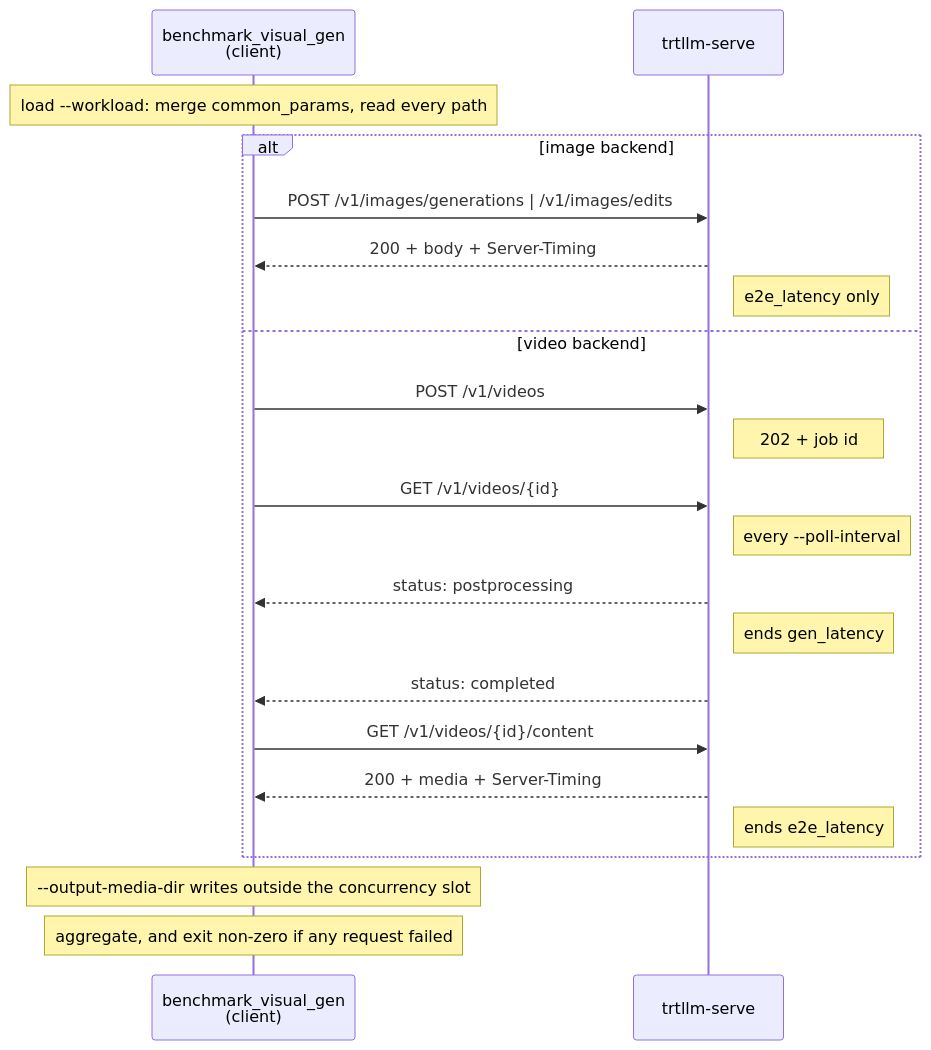
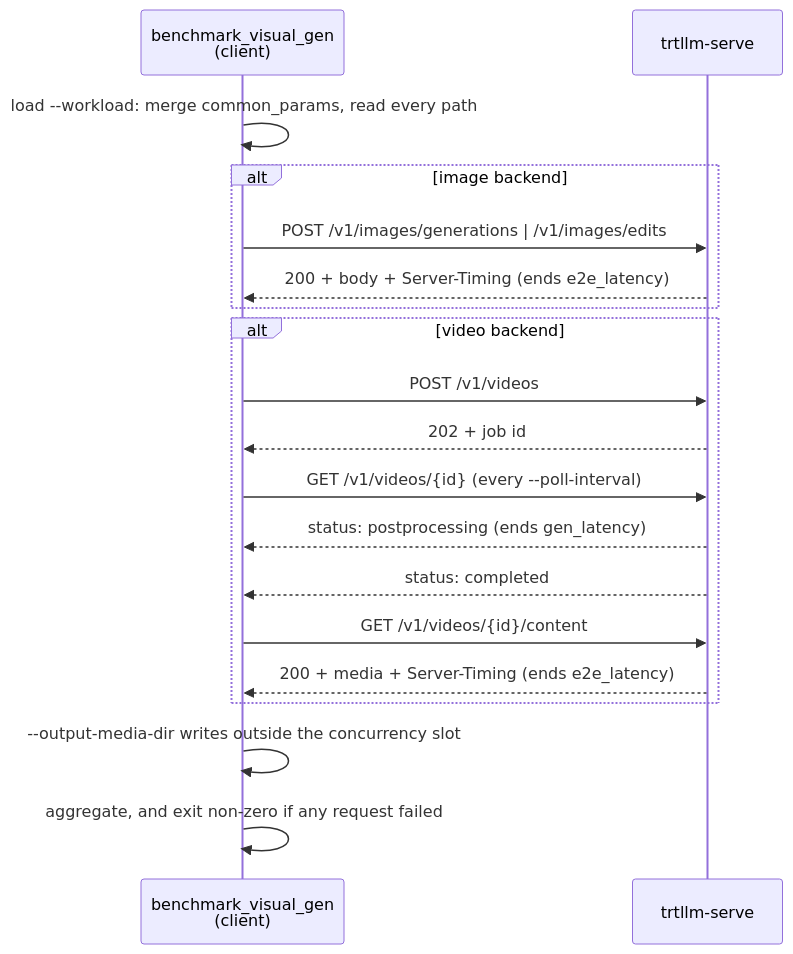
Before and after one commit to NVIDIA/TensorRT-LLM: the diagram in tensorrt_llm/serve/scripts/BENCHMARKING_VISUAL_GEN.md, drawn with Mermaid.

Commit message:
[None][doc] Label both branches of the flow, and hang its annotations on the arrows
A Note takes a row of its own, so an annotation could not sit on the message it describes, and 'Note right of S' pushed the frame past the server's lifeline while nothing balanced it on the left. alt/else also tags only the first branch, leaving the video one unmarked. Two single-branch alt blocks with the annotations folded into the message labels: both branches carry the tag, and the frame insets 11px on each side.

````diff
--- a/tensorrt_llm/serve/scripts/BENCHMARKING_VISUAL_GEN.md
+++ b/tensorrt_llm/serve/scripts/BENCHMARKING_VISUAL_GEN.md
@@ -106,27 +106,25 @@
 ```mermaid
 sequenceDiagram
     participant C as benchmark_visual_gen<br/>(client)
     participant S as trtllm-serve
 
-    Note over C: load --workload: merge common_params, read every path
+    C->>C: load --workload: merge common_params, read every path
 
     alt image backend
         C->>S: POST /v1/images/generations | /v1/images/edits
-        S-->>C: 200 + body + Server-Timing
-        Note right of S: e2e_latency only
-    else video backend
+        S-->>C: 200 + body + Server-Timing (ends e2e_latency)
+    end
+
+    alt video backend
         C->>S: POST /v1/videos
-        Note right of S: 202 + job id
-        C->>S: GET /v1/videos/{id}
-        Note right of S: every --poll-interval
-        S-->>C: status: postprocessing
-        Note right of S: ends gen_latency
+        S-->>C: 202 + job id
+        C->>S: GET /v1/videos/{id} (every --poll-interval)
+        S-->>C: status: postprocessing (ends gen_latency)
         S-->>C: status: completed
         C->>S: GET /v1/videos/{id}/content
-        S-->>C: 200 + media + Server-Timing
-        Note right of S: ends e2e_latency
+        S-->>C: 200 + media + Server-Timing (ends e2e_latency)
     end
 
-    Note over C: --output-media-dir writes outside the concurrency slot
-    Note over C: aggregate, and exit non-zero if any request failed
+    C->>C: --output-media-dir writes outside the concurrency slot
+    C->>C: aggregate, and exit non-zero if any request failed
 ```
````
